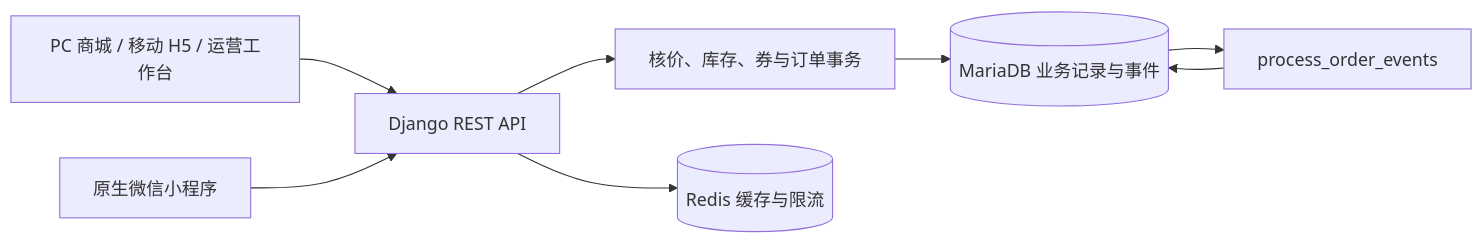
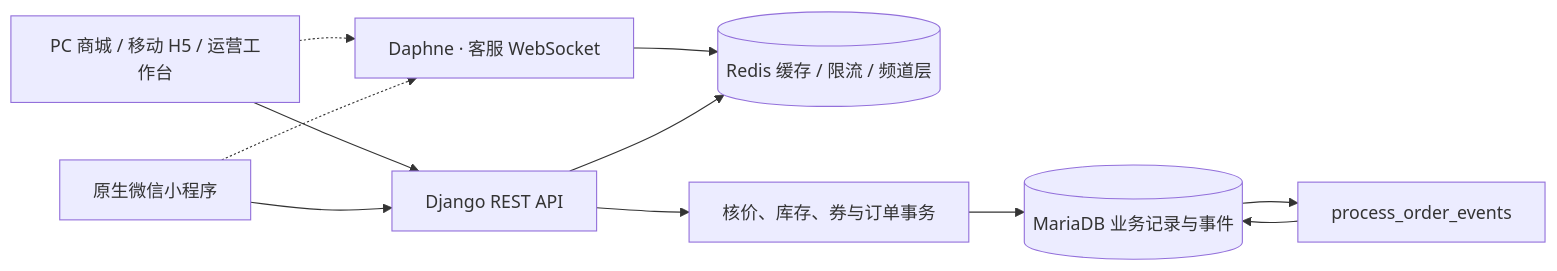
Before and after one commit to maoyadongsh/siq-mall-platform: the diagram in README.md, drawn with Mermaid. The commit also changed other lines of this file and 13 other files, not shown here.

````diff
--- a/README.md
+++ b/README.md
@@ -33,10 +34,13 @@
 ```mermaid
 flowchart LR
     Web["PC 商城 / 移动 H5 / 运营工作台"] --> API["Django REST API"]
     Mini["原生微信小程序"] --> API
+    Web -.-> WS["Daphne · 客服 WebSocket"]
+    Mini -.-> WS
+    WS --> Cache[("Redis 缓存 / 限流 / 频道层")]
     API --> Trade["核价、库存、券与订单事务"]
     Trade --> DB[("MariaDB 业务记录与事件")]
-    API --> Cache[("Redis 缓存与限流")]
+    API --> Cache
     DB --> Scan["process_order_events"]
     Scan --> DB
 ```
````
